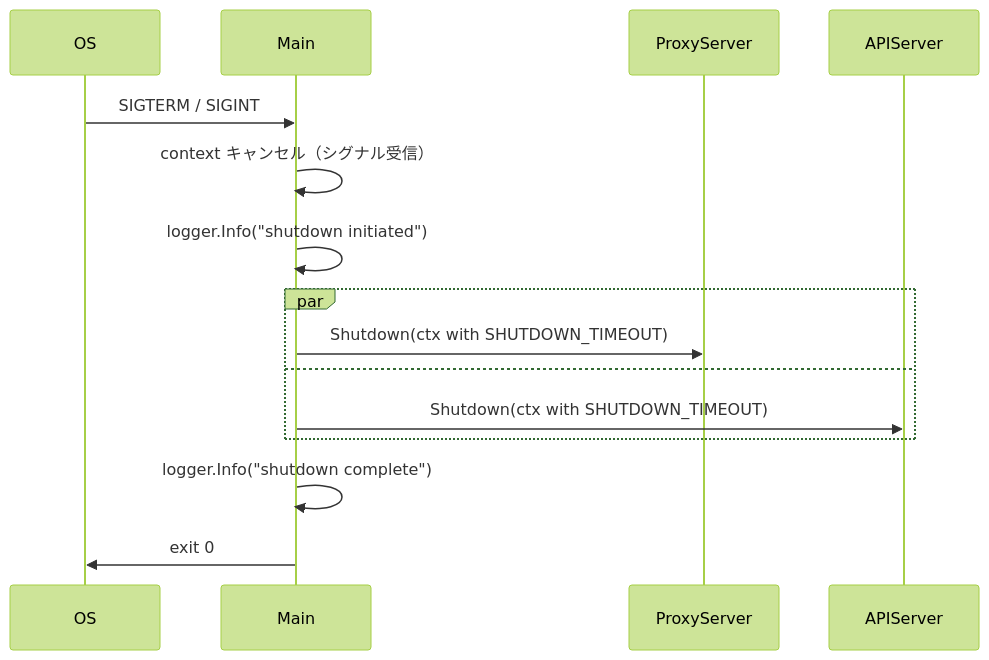
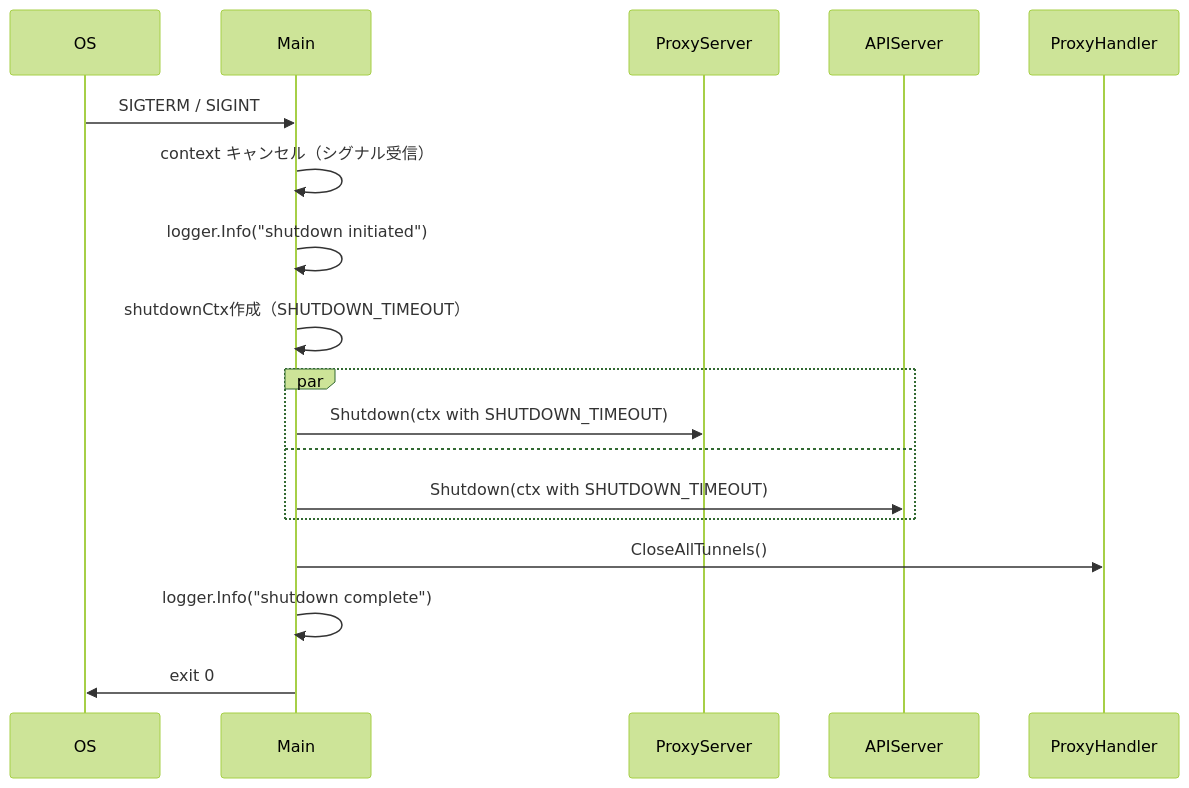
Before and after one commit to windschord/network-filter-proxy: the second of 2 diagrams in docs/sdd/design/components/server.md, drawn with Mermaid (forest theme). The commit also changed other lines of this file and 1 other file, not shown here.

````diff
--- a/docs/sdd/design/components/server.md
+++ b/docs/sdd/design/components/server.md
@@ -68,18 +68,20 @@
 ```mermaid
 sequenceDiagram
     participant OS
     participant Main
     participant ProxyServer
     participant APIServer
 
     OS->>Main: SIGTERM / SIGINT
     Main->>Main: context キャンセル（シグナル受信）
     Main->>Main: logger.Info("shutdown initiated")
+    Main->>Main: shutdownCtx作成（SHUTDOWN_TIMEOUT）
     par
         Main->>ProxyServer: Shutdown(ctx with SHUTDOWN_TIMEOUT)
     and
         Main->>APIServer: Shutdown(ctx with SHUTDOWN_TIMEOUT)
     end
+    Main->>ProxyHandler: CloseAllTunnels()
     Main->>Main: logger.Info("shutdown complete")
     Main->>OS: exit 0
 ```
````
